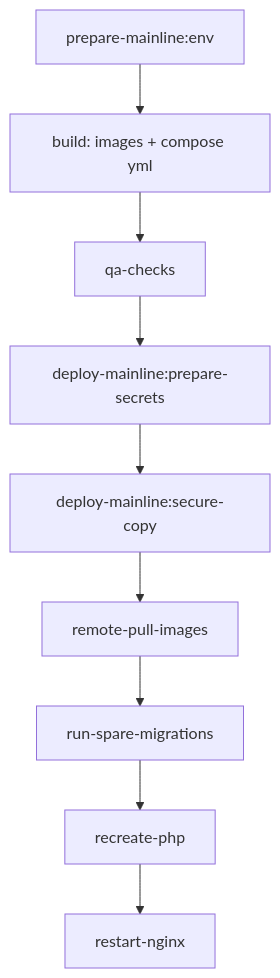
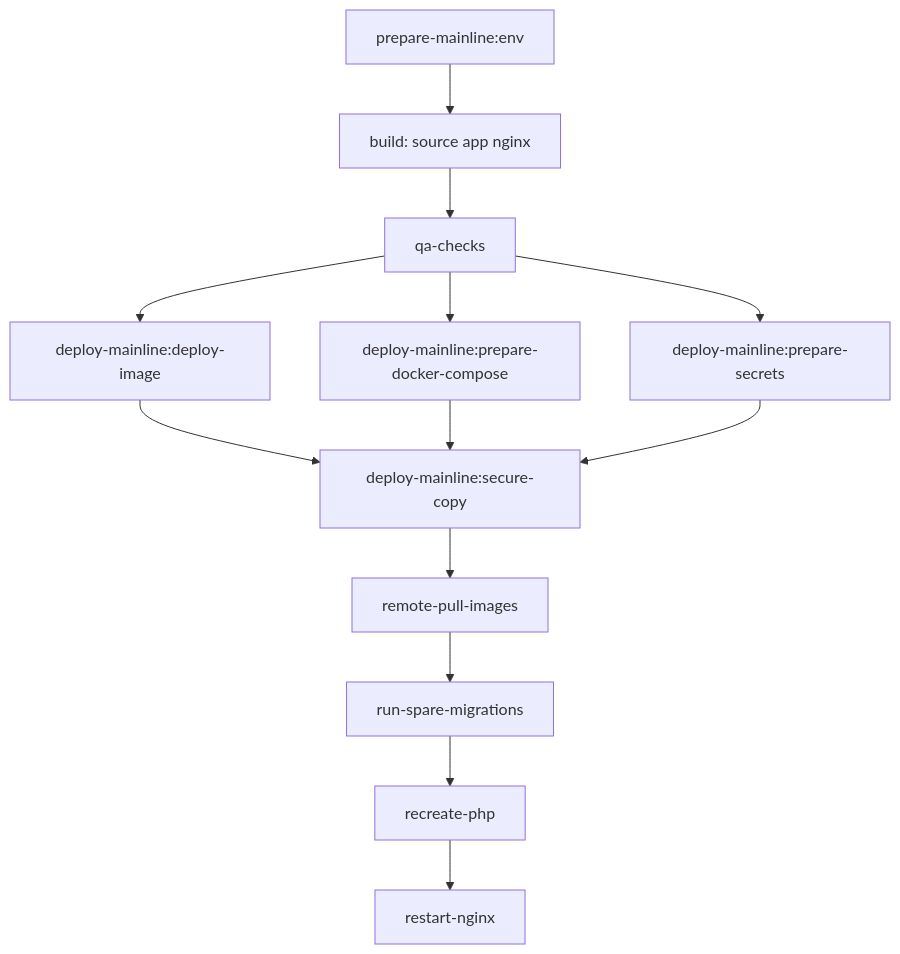
One commit to itmo-508541/highload-hw1 changed the diagram in DEPLOYMENT.md. Above: the diagram before and after it, drawn with Mermaid. The commit also changed other lines of this file and 2 other files, not shown here.

````diff
--- a/DEPLOYMENT.md
+++ b/DEPLOYMENT.md
@@ -129,11 +136,15 @@
 ```mermaid
 flowchart TD
-  prepareMainlineEnv[prepare-mainline:env] --> buildMainline[build: images + compose yml]
+  prepareMainlineEnv[prepare-mainline:env] --> buildMainline[build: source app nginx]
   buildMainline --> qaChecks[qa-checks]
+  qaChecks --> deployImage[deploy-mainline:deploy-image]
+  qaChecks --> prepareCompose[deploy-mainline:prepare-docker-compose]
   qaChecks --> prepareSecrets[deploy-mainline:prepare-secrets]
-  prepareSecrets --> deploySecureCopy[deploy-mainline:secure-copy]
+  deployImage --> deploySecureCopy[deploy-mainline:secure-copy]
+  prepareCompose --> deploySecureCopy
+  prepareSecrets --> deploySecureCopy
   deploySecureCopy --> remotePull[remote-pull-images]
   remotePull --> runSpareMigrations[run-spare-migrations]
   runSpareMigrations --> recreatePhp[recreate-php]
   recreatePhp --> restartNginx[restart-nginx]
 ```
````
